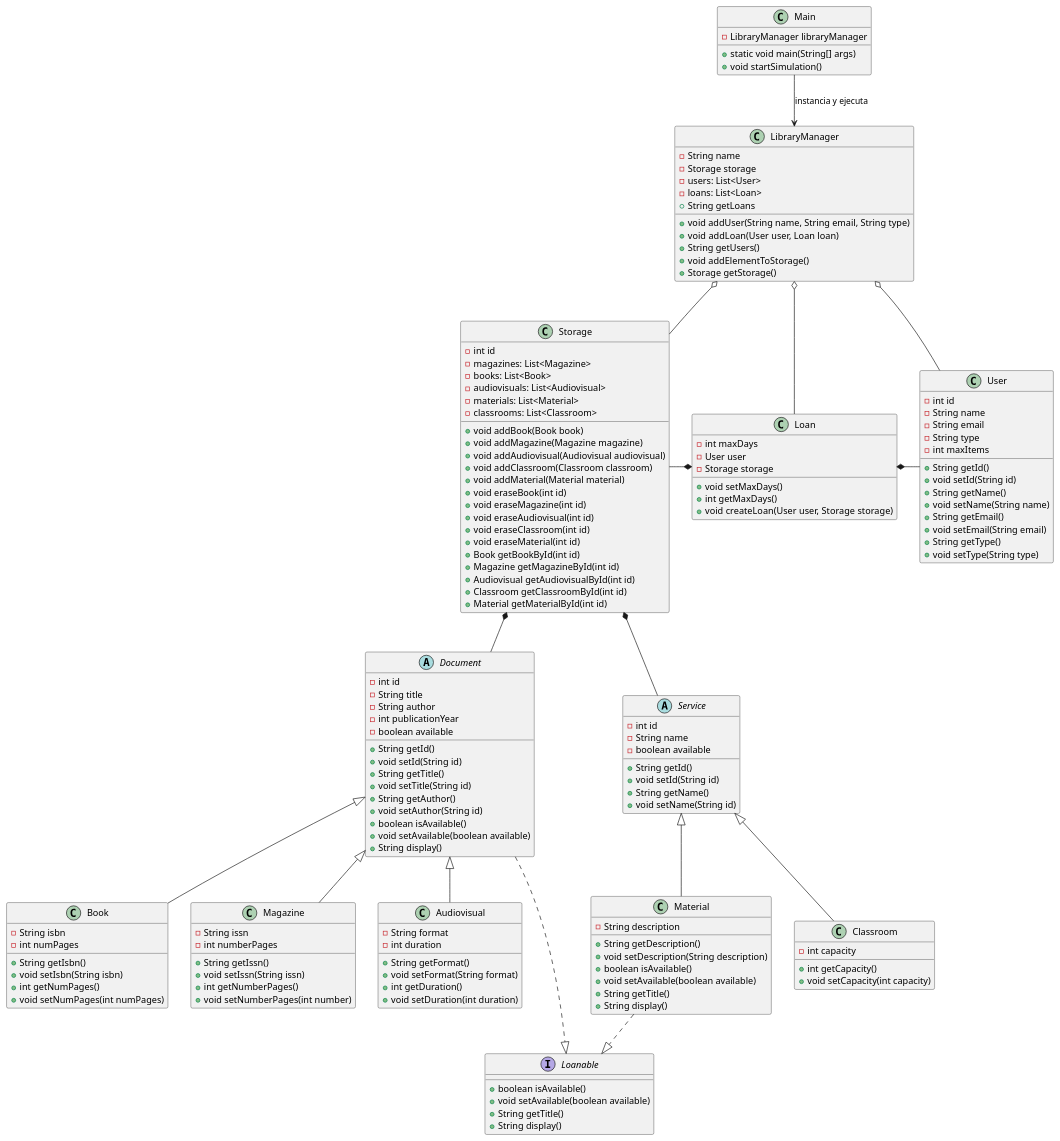
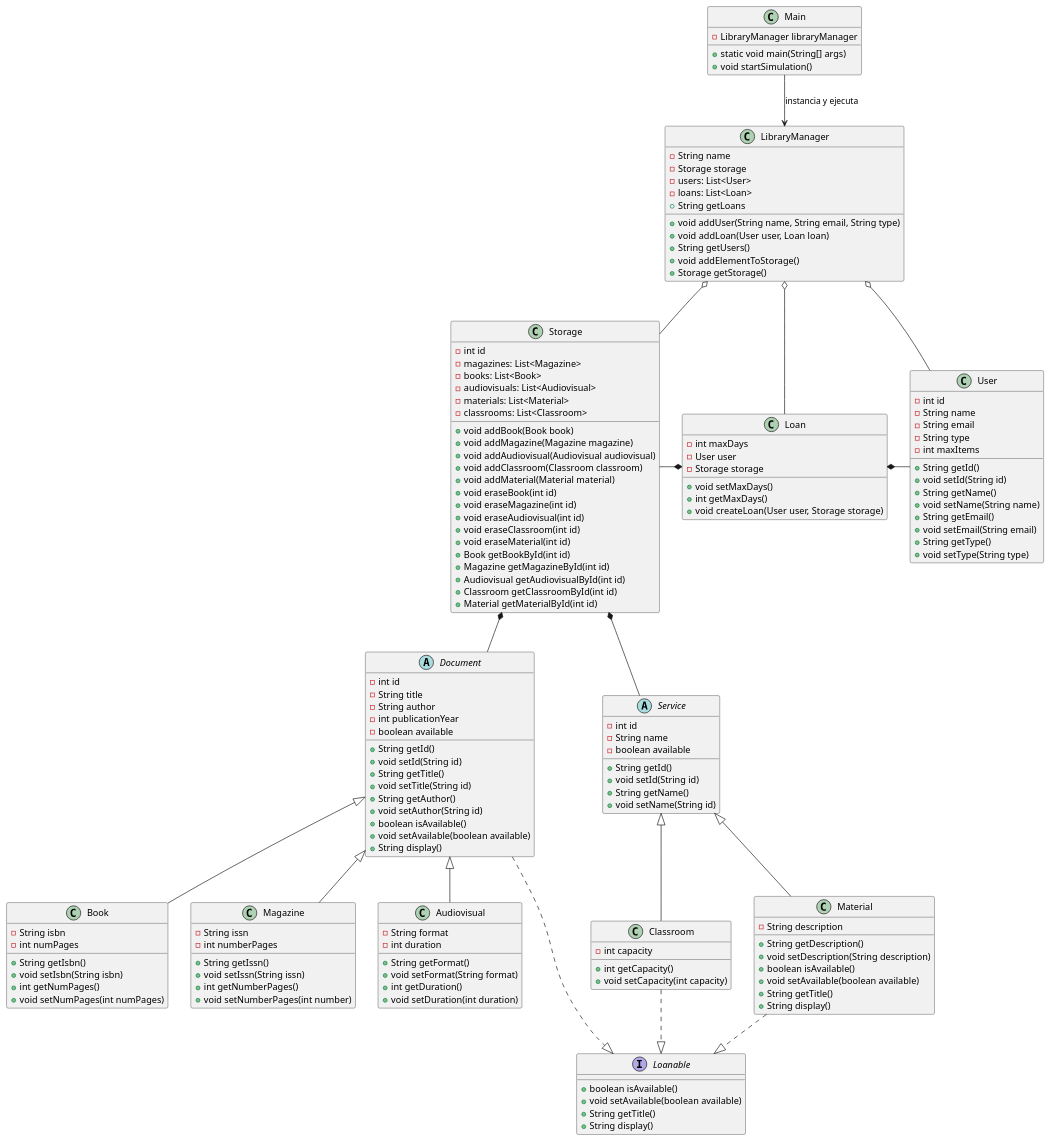
Before and after one commit to sara-patino/24-25-IdSw2-SDD: the diagram in modelosUML/DiagramaDeClases.puml, drawn with PlantUML.

Commit message:
Update DiagramaDeClases.puml
Solo extendiendo loanable tambien a classroom

```diff
--- a/modelosUML/DiagramaDeClases.puml
+++ b/modelosUML/DiagramaDeClases.puml
@@ -1,166 +1,167 @@
 @startuml
 Main --> LibraryManager : "instancia y ejecuta"
 LibraryManager o-- Storage
 LibraryManager o-- User
 LibraryManager o-- Loan
 Storage -right-* Loan
 Loan *-right- User
 Storage *-- Document
 Storage *-- Service
 
 Service <|-- Classroom
 Service <|-- Material
 Document <|-- Book
 Document <|-- Magazine
 Document <|-- Audiovisual
 
 ' Nueva interfaz
 interface Loanable {
     +boolean isAvailable()
     +void setAvailable(boolean available)
     +String getTitle()
     +String display()
 }
 
 Loanable <|.up. Document
 Loanable <|.up. Material
+Loanable <|.up. Classroom
 
 class Material {
     -String description
     +String getDescription()
     +void setDescription(String description)
     +boolean isAvailable()
     +void setAvailable(boolean available)
     +String getTitle()
     +String display()
 }
 
 class Storage {
     - int id
     - magazines: List<Magazine> 
     - books: List<Book> 
     - audiovisuals: List<Audiovisual>
     - materials: List<Material>
     - classrooms: List<Classroom>
     + void addBook(Book book)
     + void addMagazine(Magazine magazine)
     + void addAudiovisual(Audiovisual audiovisual)
     + void addClassroom(Classroom classroom)
     + void addMaterial(Material material)
     + void eraseBook(int id)
     + void eraseMagazine(int id)
     + void eraseAudiovisual(int id)
     + void eraseClassroom(int id)
     + void eraseMaterial(int id)
     + Book getBookById(int id)
     + Magazine getMagazineById(int id)
     + Audiovisual getAudiovisualById(int id)
     + Classroom getClassroomById(int id)
     + Material getMaterialById(int id)
 }
 
 abstract class Document {
     -int id
     -String title
     -String author
     -int publicationYear
     -boolean available
     +String getId()
     +void setId(String id)
     +String getTitle()
     +void setTitle(String id)
     +String getAuthor()
     +void setAuthor(String id)
     +boolean isAvailable()
     +void setAvailable(boolean available)
     +String display()
 }
 
 class User {
     -int id
     -String name
     -String email
     -String type
     -int maxItems
 
     +String getId()
     +void setId(String id)
     +String getName()
     +void setName(String name)
     +String getEmail()
     +void setEmail(String email)
     +String getType()
     +void setType(String type)
 }
 
 class Book {
     -String isbn
     -int numPages
     +String getIsbn()
     +void setIsbn(String isbn)
     +int getNumPages()
     +void setNumPages(int numPages)
 }
 
 class Classroom {
     -int capacity
     +int getCapacity()
     +void setCapacity(int capacity)
 }
 
 abstract class Service {
     -int id
     -String name
     -boolean available
     +String getId()
     +void setId(String id)
     +String getName()
     +void setName(String id)
 }
 
 class Magazine {
     -String issn
     -int numberPages
     +String getIssn()
     +void setIssn(String issn)
     +int getNumberPages()
     +void setNumberPages(int number)
 }
 
 class Audiovisual {
     -String format
     -int duration
     +String getFormat()
     +void setFormat(String format)
     +int getDuration()
     +void setDuration(int duration)
 }
 
 class LibraryManager {
     -String name
     -Storage storage
     -users: List<User>
     -loans: List<Loan>
     +void addUser(String name, String email, String type)
     +void addLoan(User user, Loan loan)
     +String getUsers()
     +String getLoans
     +void addElementToStorage()
     +Storage getStorage()
 }
 
 class Main {
     -LibraryManager libraryManager
     +static void main(String[] args)
     +void startSimulation()
 }
 
 class Loan {
   -int maxDays
   -User user
   -Storage storage
   +void setMaxDays()
   +int getMaxDays()
   +void createLoan(User user, Storage storage)
 }
 @enduml
```
